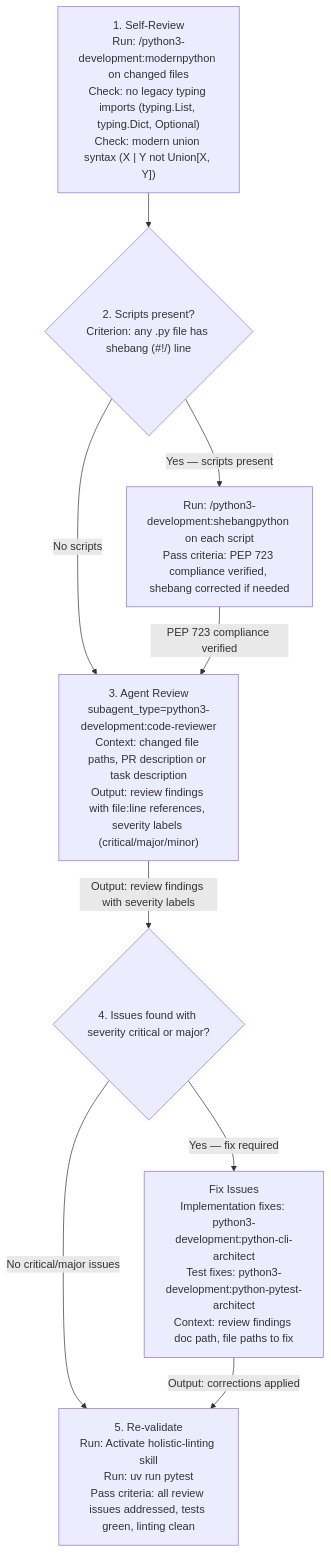
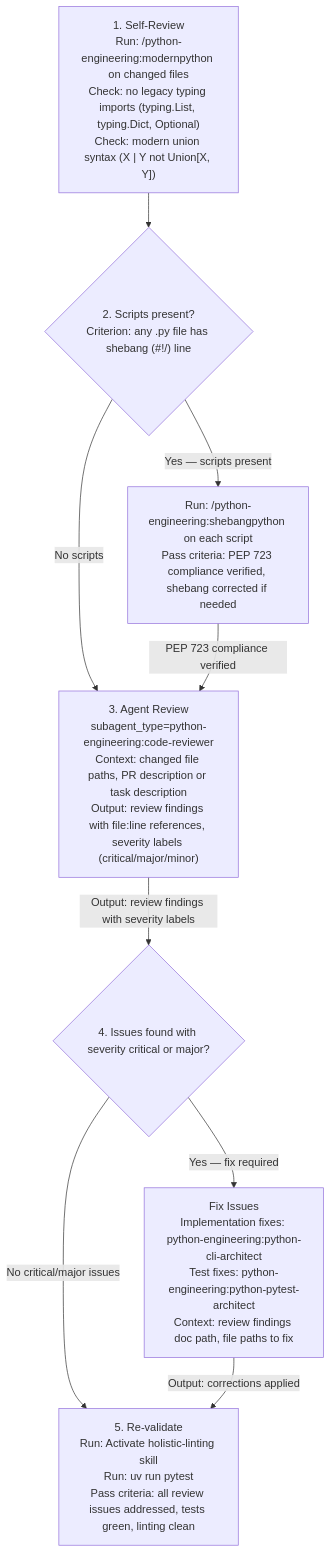
Before and after one commit to chgreer1070/claude_skills: the third of 6 diagrams in plugins/python-engineering/skills/orchestrating-python-development/SKILL.md, drawn with Mermaid. The commit also changed other lines of this file and 10 other files, not shown here.

First line of the commit message:
fix(python-engineering): replace all python3-development: skill refs with python-engineering:

````diff
--- a/plugins/python-engineering/skills/orchestrating-python-development/SKILL.md
+++ b/plugins/python-engineering/skills/orchestrating-python-development/SKILL.md
@@ -114,18 +114,18 @@
 ```mermaid
 flowchart TD
-    S1["1. Self-Review<br>Run: /python3-development:modernpython on changed files<br>Check: no legacy typing imports (typing.List, typing.Dict, Optional)<br>Check: modern union syntax (X | Y not Union[X, Y])"]
+    S1["1. Self-Review<br>Run: /python-engineering:modernpython on changed files<br>Check: no legacy typing imports (typing.List, typing.Dict, Optional)<br>Check: modern union syntax (X | Y not Union[X, Y])"]
     S2{"2. Scripts present?<br>Criterion: any .py file has shebang (#!/) line"}
-    S2a["Run: /python3-development:shebangpython on each script<br>Pass criteria: PEP 723 compliance verified, shebang corrected if needed"]
-    S3["3. Agent Review<br>subagent_type=python3-development:code-reviewer<br>Context: changed file paths, PR description or task description<br>Output: review findings with file:line references, severity labels (critical/major/minor)"]
+    S2a["Run: /python-engineering:shebangpython on each script<br>Pass criteria: PEP 723 compliance verified, shebang corrected if needed"]
+    S3["3. Agent Review<br>subagent_type=python-engineering:code-reviewer<br>Context: changed file paths, PR description or task description<br>Output: review findings with file:line references, severity labels (critical/major/minor)"]
     S4{"4. Issues found with severity critical or major?"}
-    S4a["Fix Issues<br>Implementation fixes: python3-development:python-cli-architect<br>Test fixes: python3-development:python-pytest-architect<br>Context: review findings doc path, file paths to fix"]
+    S4a["Fix Issues<br>Implementation fixes: python-engineering:python-cli-architect<br>Test fixes: python-engineering:python-pytest-architect<br>Context: review findings doc path, file paths to fix"]
     S5["5. Re-validate<br>Run: Activate holistic-linting skill<br>Run: uv run pytest<br>Pass criteria: all review issues addressed, tests green, linting clean"]
     S1 --> S2
     S2 -->|"Yes — scripts present"| S2a
     S2 -->|"No scripts"| S3
     S2a -->|"PEP 723 compliance verified"| S3
     S3 -->|"Output: review findings with severity labels"| S4
     S4 -->|"Yes — fix required"| S4a
     S4 -->|"No critical/major issues"| S5
     S4a -->|"Output: corrections applied"| S5
 ```
````
